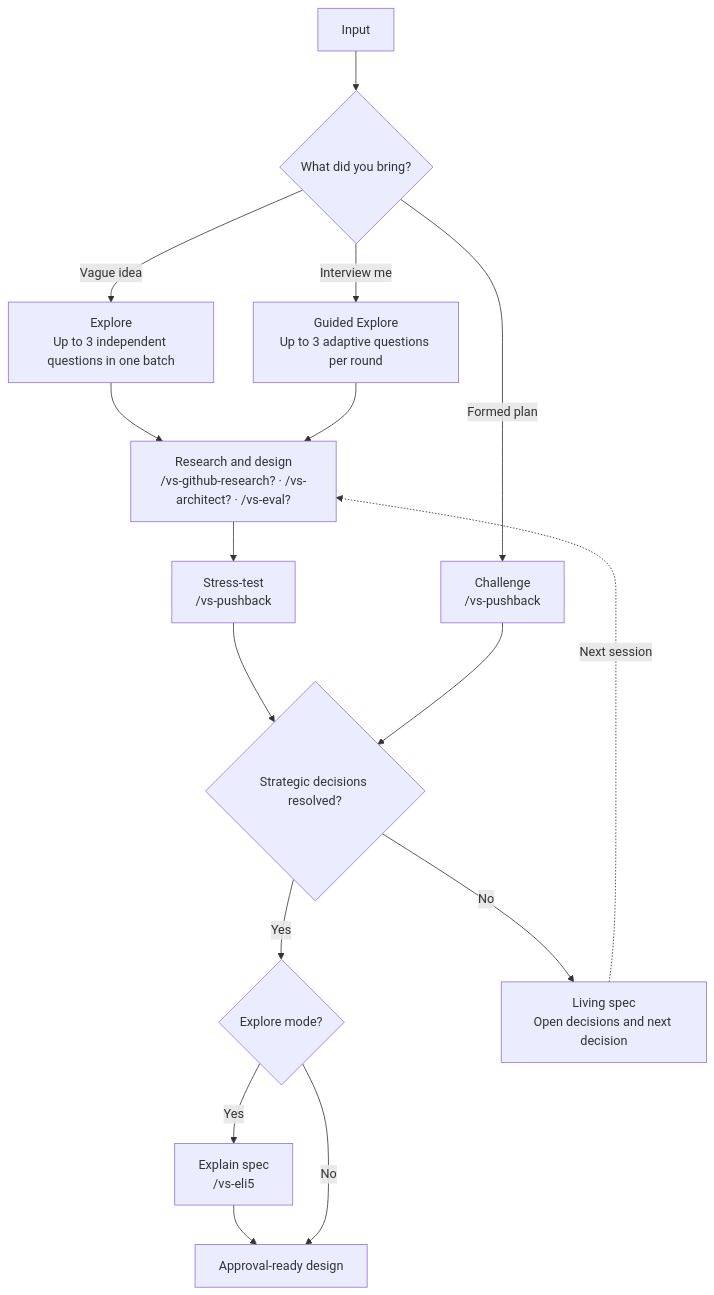
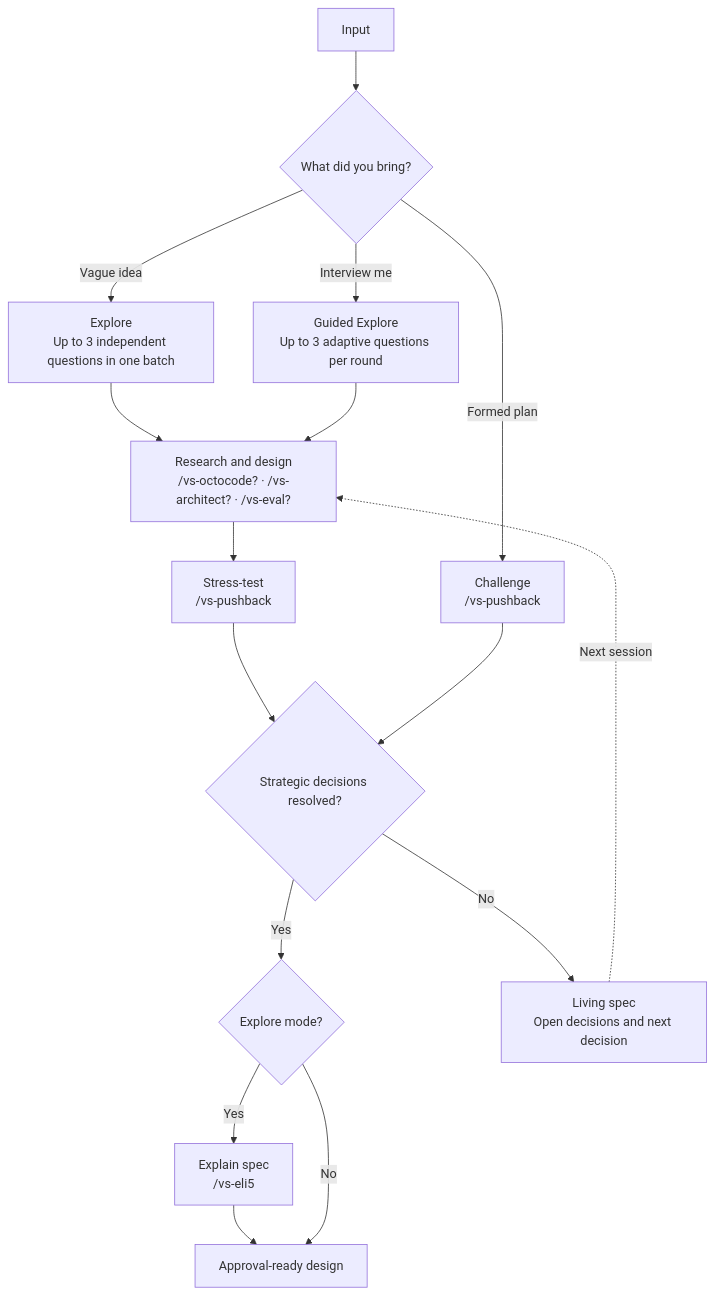
One commit to vltansky/vs changed the second of 4 diagrams in README.md. Above: the diagram before and after it, drawn with Mermaid. The commit also changed other lines of this file and 21 other files, not shown here.

Commit message:
feat(skills): rename github research to vs-octocode

````diff
--- a/README.md
+++ b/README.md
@@ -57,17 +57,17 @@
 ```mermaid
 flowchart TD
     I[Input] --> R{What did you bring?}
     R -- Vague idea --> E[Explore<br/>Up to 3 independent questions in one batch]
     R -- "Interview me" --> G[Guided Explore<br/>Up to 3 adaptive questions per round]
     R -- Formed plan --> C["Challenge<br/>/vs-pushback"]
-    E --> S["Research and design<br/>/vs-github-research? · /vs-architect? · /vs-eval?"]
+    E --> S["Research and design<br/>/vs-octocode? · /vs-architect? · /vs-eval?"]
     G --> S
     S --> X["Stress-test<br/>/vs-pushback"]
     X --> D{Strategic decisions resolved?}
     C --> D
     D -- Yes --> M{Explore mode?}
     M -- Yes --> K["Explain spec<br/>/vs-eli5"] --> O[Approval-ready design]
     M -- No --> O
     D -- No --> L[Living spec<br/>Open decisions and next decision]
     L -. Next session .-> S
 ```
````
